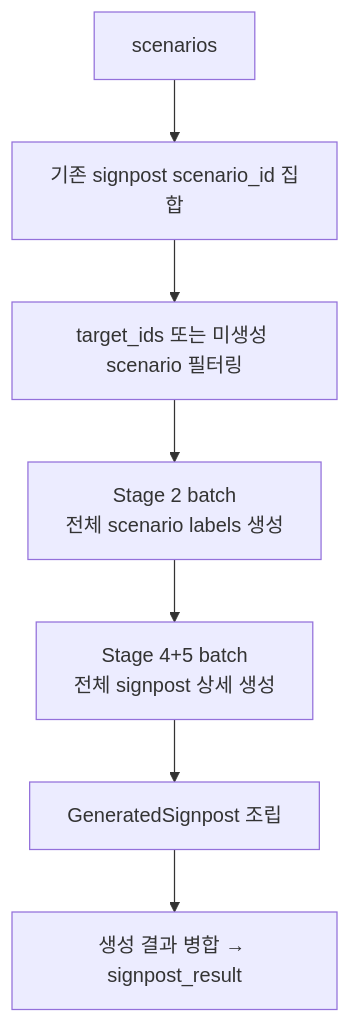
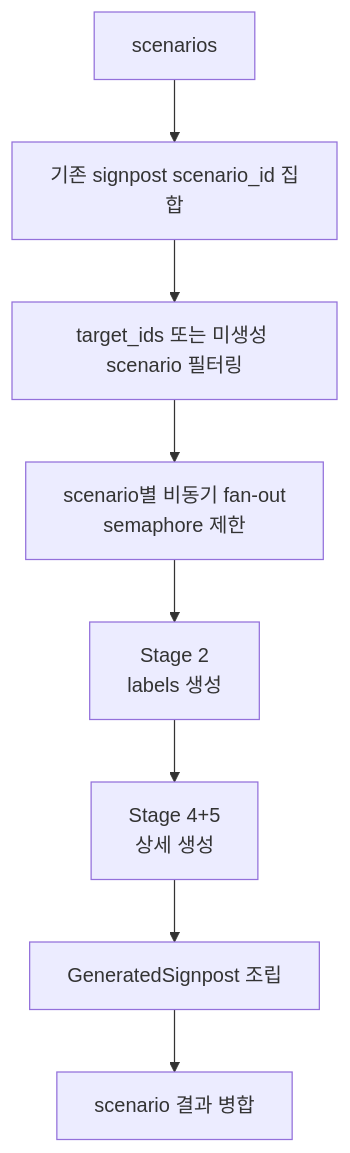
The fifth of 8 diagrams in docs/architectures/scenario_group_agent_flow_pipeline.md (enkhbaatarL/skmip-mi-agent), drawn with Mermaid before and after one commit. The commit also changed other lines of this file and 6 other files, not shown here.

````diff
--- a/docs/architectures/scenario_group_agent_flow_pipeline.md
+++ b/docs/architectures/scenario_group_agent_flow_pipeline.md
@@ -311,9 +311,10 @@
 ```mermaid
 flowchart TD
     A[scenarios] --> B[기존 signpost scenario_id 집합]
     B --> C[target_ids 또는 미생성 scenario 필터링]
-    C --> D[Stage 2 batch<br/>전체 scenario labels 생성]
-    D --> E[Stage 4+5 batch<br/>전체 signpost 상세 생성]
-    E --> F[GeneratedSignpost 조립]
-    F --> G[생성 결과 병합 → signpost_result]
+    C --> D[scenario별 비동기 fan-out<br/>semaphore 제한]
+    D --> E[Stage 2<br/>labels 생성]
+    E --> F[Stage 4+5<br/>상세 생성]
+    F --> G[GeneratedSignpost 조립]
+    G --> H[scenario 결과 병합]
 ```
````
